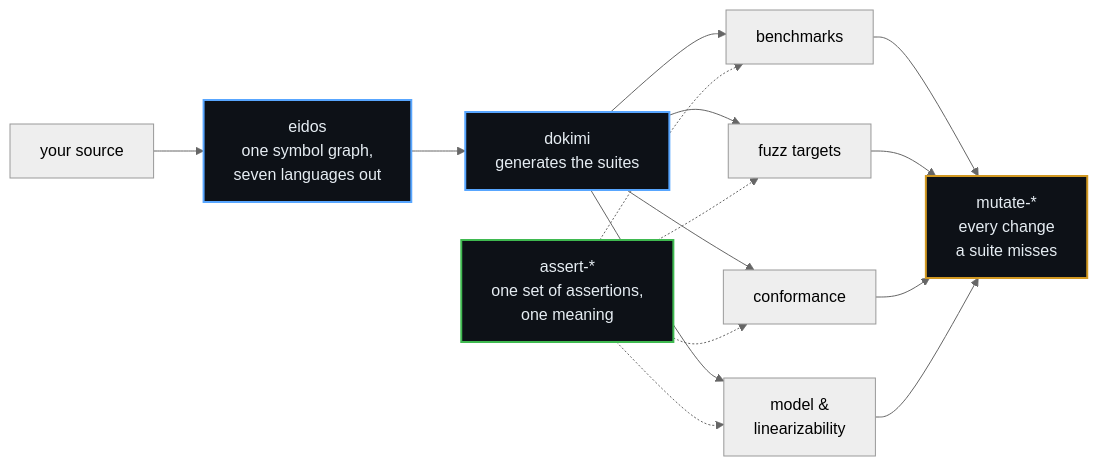
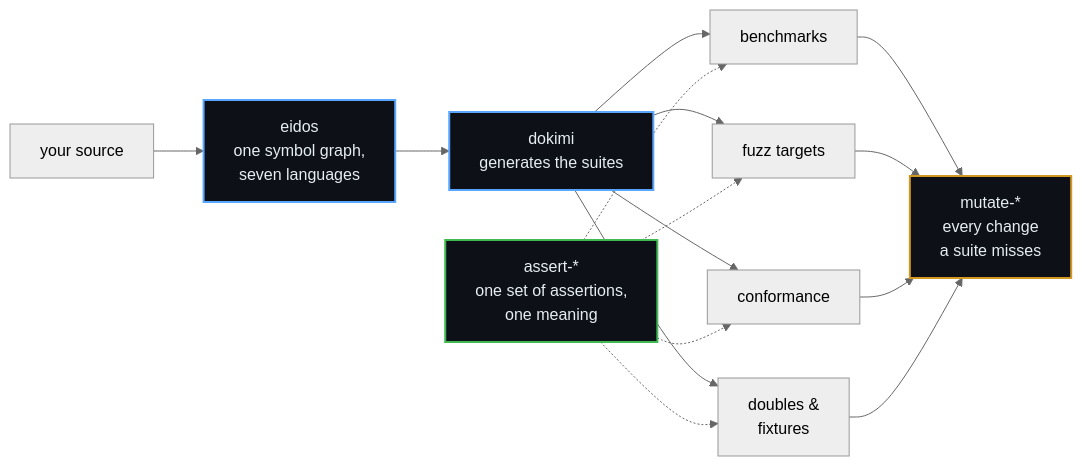
The diagram in profile/README.md (dokimasia/.github), drawn with Mermaid (neutral theme) before and after one commit. The commit also changed other lines of this file, not shown here.

First line of the commit message:
docs: lead with dokimi and eidos

````diff
--- a/profile/README.md
+++ b/profile/README.md
@@ -40,27 +123,27 @@
 ```mermaid
 flowchart LR
     S["your source"] --> E
 
-    E["eidos<br/>one symbol graph,<br/>seven languages out"] --> D
+    E["eidos<br/>one symbol graph,<br/>seven languages"] --> D
     D["dokimi<br/>generates the suites"] --> B["benchmarks"]
     D --> F["fuzz targets"]
     D --> C["conformance"]
-    D --> M["model &<br/>linearizability"]
+    D --> M["doubles &<br/>fixtures"]
 
     A["assert-*<br/>one set of assertions,<br/>one meaning"] -.-> B
     A -.-> F
     A -.-> C
     A -.-> M
 
     B --> X["mutate-*<br/>every change<br/>a suite misses"]
     F --> X
     C --> X
     M --> X
 
     classDef ours fill:#0d1117,stroke:#58a6ff,stroke-width:2px,color:#e6edf3
     classDef asserts fill:#0d1117,stroke:#3fb950,stroke-width:2px,color:#e6edf3
     classDef out fill:#0d1117,stroke:#d29922,stroke-width:2px,color:#e6edf3
     class E,D ours
     class A asserts
     class X out
 ```
````
